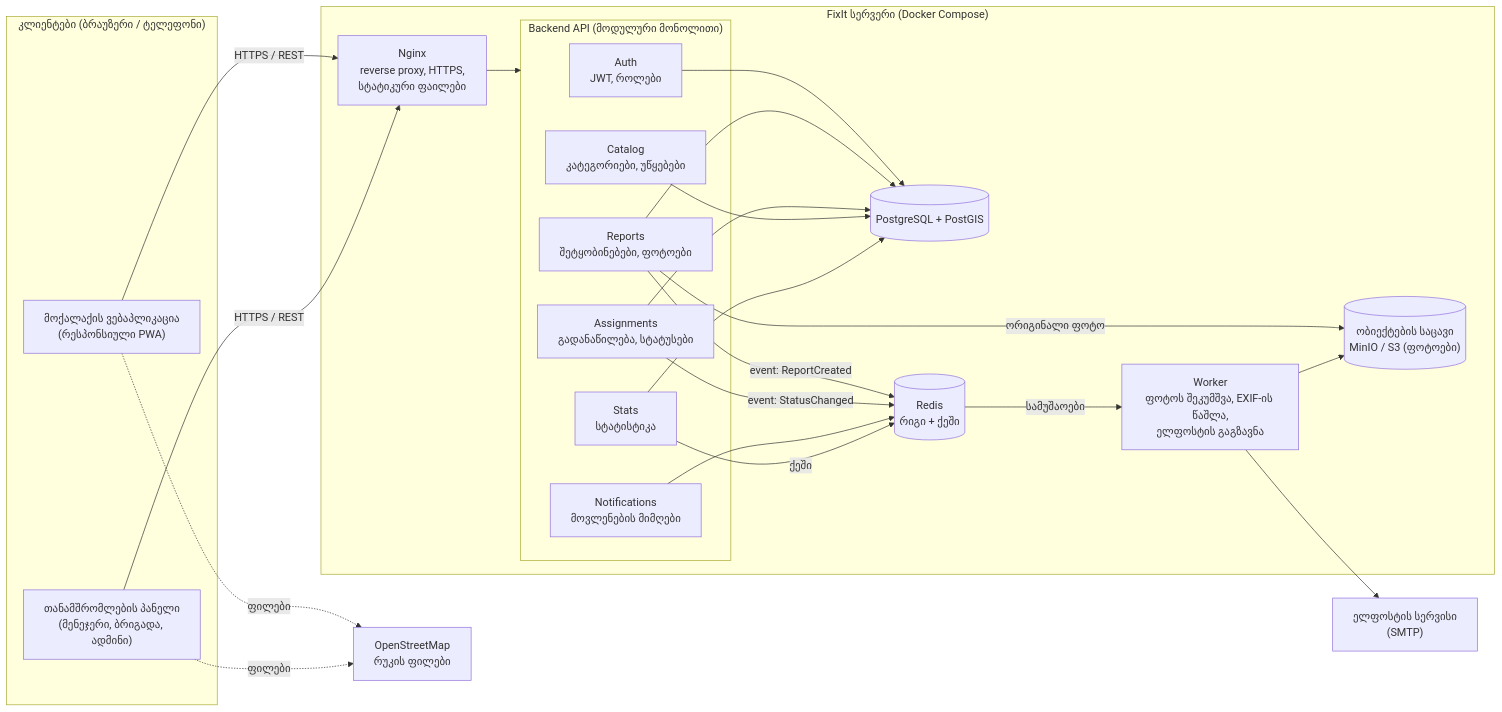
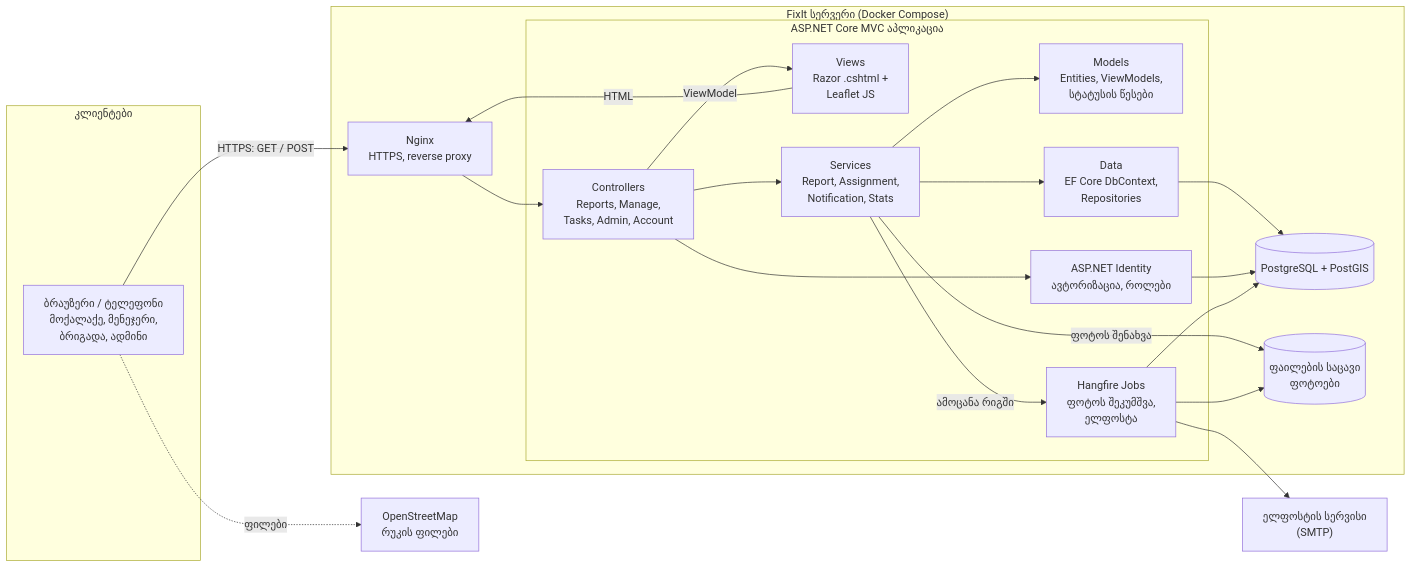
Before and after one commit to gigigiorgadze10/fixit: the first of 3 diagrams in ARCHITECTURE.md, drawn with Mermaid. The commit also changed other lines of this file and 1 other file, not shown here.

Commit message:
არქიტექტურა ASP.NET Core MVC-ზე და პრეზენტაცია

````diff
--- a/ARCHITECTURE.md
+++ b/ARCHITECTURE.md
@@ -25,46 +36,42 @@
 ```mermaid
 flowchart LR
-    subgraph Clients["კლიენტები (ბრაუზერი / ტელეფონი)"]
-        CW["მოქალაქის ვებაპლიკაცია<br/>(რესპონსიული PWA)"]
-        SW["თანამშრომლების პანელი<br/>(მენეჯერი, ბრიგადა, ადმინი)"]
+    subgraph Clients["კლიენტები"]
+        BR["ბრაუზერი / ტელეფონი<br/>მოქალაქე, მენეჯერი,<br/>ბრიგადა, ადმინი"]
     end
 
     OSM["OpenStreetMap<br/>რუკის ფილები"]
 
     subgraph Server["FixIt სერვერი (Docker Compose)"]
-        NG["Nginx<br/>reverse proxy, HTTPS,<br/>სტატიკური ფაილები"]
-        subgraph API["Backend API (მოდულური მონოლითი)"]
-            AUTH["Auth<br/>JWT, როლები"]
-            REP["Reports<br/>შეტყობინებები, ფოტოები"]
-            ASG["Assignments<br/>გადანაწილება, სტატუსები"]
-            CAT["Catalog<br/>კატეგორიები, უწყებები"]
-            NOT["Notifications<br/>მოვლენების მიმღები"]
-            STA["Stats<br/>სტატისტიკა"]
+        NG["Nginx<br/>HTTPS, reverse proxy"]
+        subgraph APP["ASP.NET Core MVC აპლიკაცია"]
+            C["Controllers<br/>Reports, Manage,<br/>Tasks, Admin, Account"]
+            V["Views<br/>Razor .cshtml +<br/>Leaflet JS"]
+            S["Services<br/>Report, Assignment,<br/>Notification, Stats"]
+            M["Models<br/>Entities, ViewModels,<br/>სტატუსის წესები"]
+            R["Data<br/>EF Core DbContext,<br/>Repositories"]
+            ID["ASP.NET Identity<br/>ავტორიზაცია, როლები"]
+            HF["Hangfire Jobs<br/>ფოტოს შეკუმშვა,<br/>ელფოსტა"]
         end
-        WK["Worker<br/>ფოტოს შეკუმშვა, EXIF-ის წაშლა,<br/>ელფოსტის გაგზავნა"]
         DB[("PostgreSQL + PostGIS")]
-        RD[("Redis<br/>რიგი + ქეში")]
-        S3[("ობიექტების საცავი<br/>MinIO / S3 (ფოტოები)")]
+        FS[("ფაილების საცავი<br/>ფოტოები")]
     end
 
     SMTP["ელფოსტის სერვისი<br/>(SMTP)"]
 
-    CW -->|HTTPS / REST| NG
-    SW -->|HTTPS / REST| NG
-    CW -.->|ფილები| OSM
-    SW -.->|ფილები| OSM
-    NG --> API
-    AUTH --> DB
-    REP --> DB
-    ASG --> DB
-    CAT --> DB
-    STA --> DB
-    REP -->|ორიგინალი ფოტო| S3
-    REP -->|"event: ReportCreated"| RD
-    ASG -->|"event: StatusChanged"| RD
-    NOT --> RD
-    RD -->|სამუშაოები| WK
-    WK --> S3
-    WK --> SMTP
-    STA -->|ქეში| RD
+    BR -->|"HTTPS: GET / POST"| NG
+    BR -.->|ფილები| OSM
+    NG --> C
+    C -->|"ViewModel"| V
+    V -->|"HTML"| NG
+    C --> S
+    C --> ID
+    S --> M
+    S --> R
+    R --> DB
+    ID --> DB
+    S -->|"ფოტოს შენახვა"| FS
+    S -->|"ამოცანა რიგში"| HF
+    HF --> DB
+    HF --> FS
+    HF --> SMTP
 ```
````
